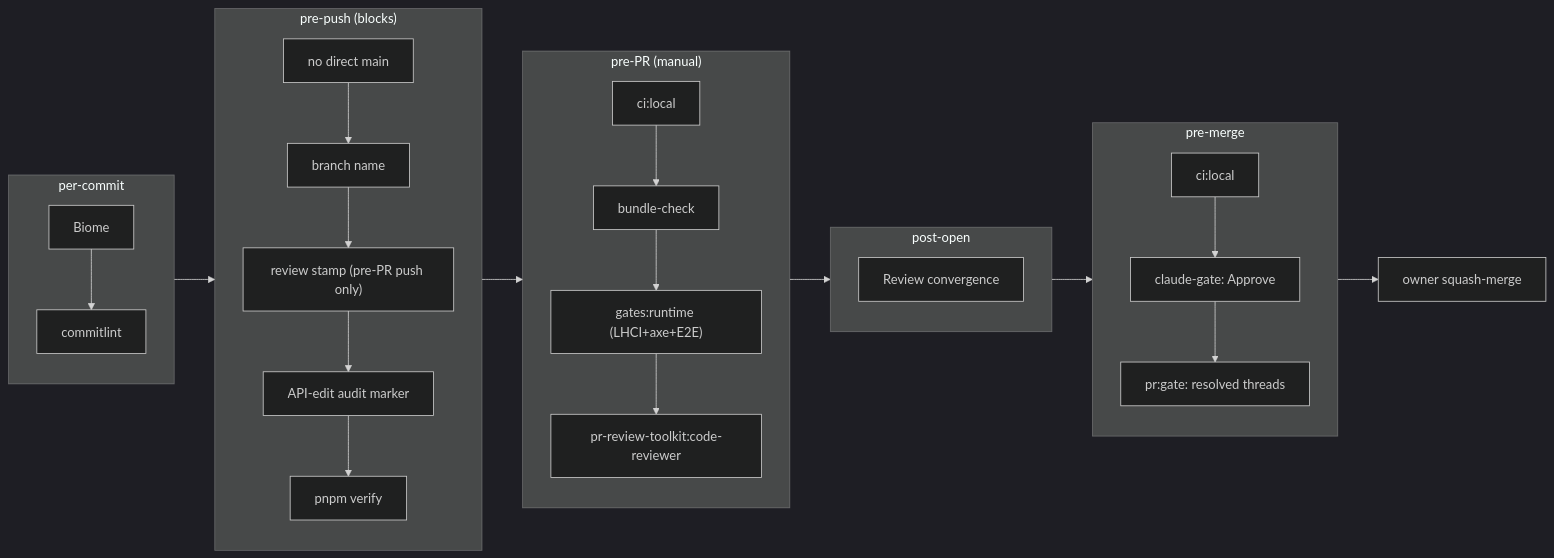
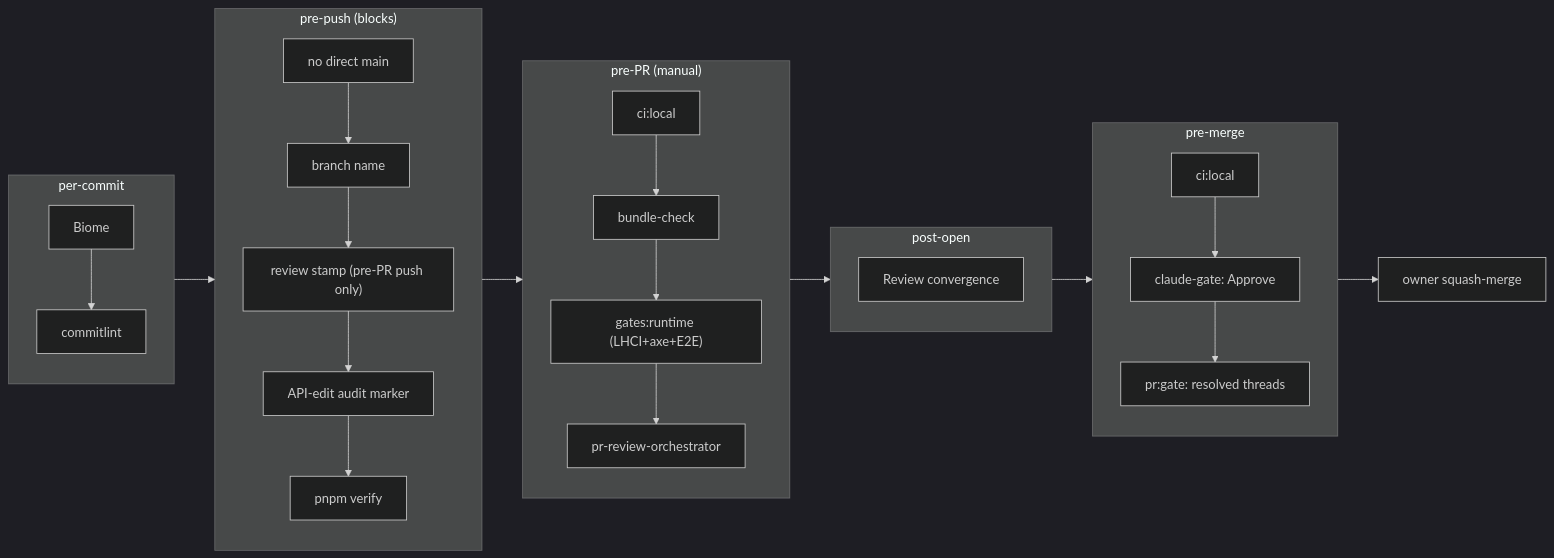
The second of 2 diagrams in docs/handbook/development-lifecycle.md (erikunha/portfolio), drawn with Mermaid (dark theme) before and after one commit. The commit also changed other lines of this file and 21 other files, not shown here.

````diff
--- a/docs/handbook/development-lifecycle.md
+++ b/docs/handbook/development-lifecycle.md
@@ -69,19 +69,19 @@
 ```mermaid
 flowchart LR
     subgraph commit["per-commit"]
         g1["Biome"] --> g2["commitlint"]
     end
     subgraph prepush["pre-push (blocks)"]
         g3["no direct main"] --> g4["branch name"] --> g5["review stamp (pre-PR push only)"] --> g6["API-edit audit marker"] --> g7["pnpm verify"]
     end
     subgraph prepr["pre-PR (manual)"]
-        g8["ci:local"] --> g9["bundle-check"] --> g11["gates:runtime (LHCI+axe+E2E)"] --> g12["pr-review-toolkit:code-reviewer"]
+        g8["ci:local"] --> g9["bundle-check"] --> g11["gates:runtime (LHCI+axe+E2E)"] --> g12["pr-review-orchestrator"]
     end
     subgraph open["post-open"]
         g13["Review convergence"]
     end
     subgraph premerge["pre-merge"]
         g15["ci:local"] --> g17["claude-gate: Approve"] --> g18["pr:gate: resolved threads"]
     end
     commit --> prepush --> prepr --> open --> premerge --> merge["owner squash-merge"]
 ```
````
